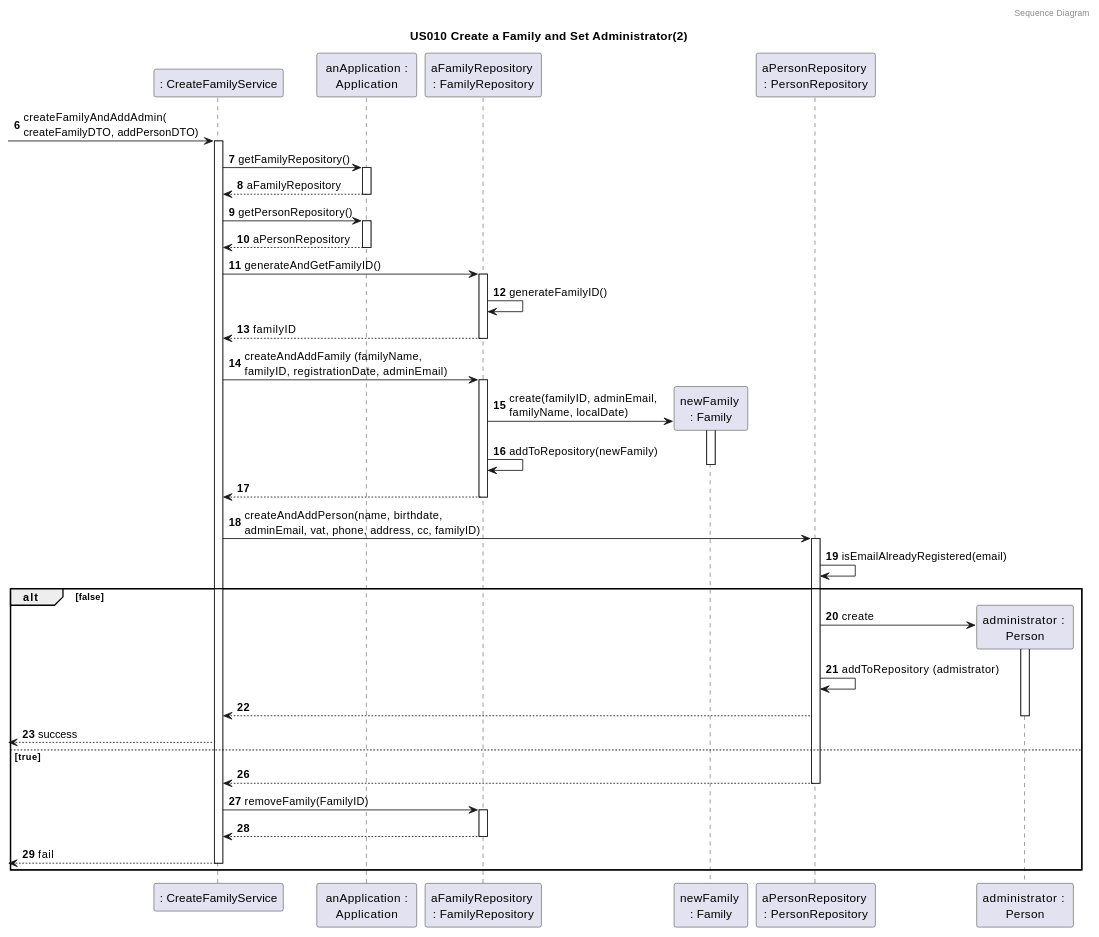
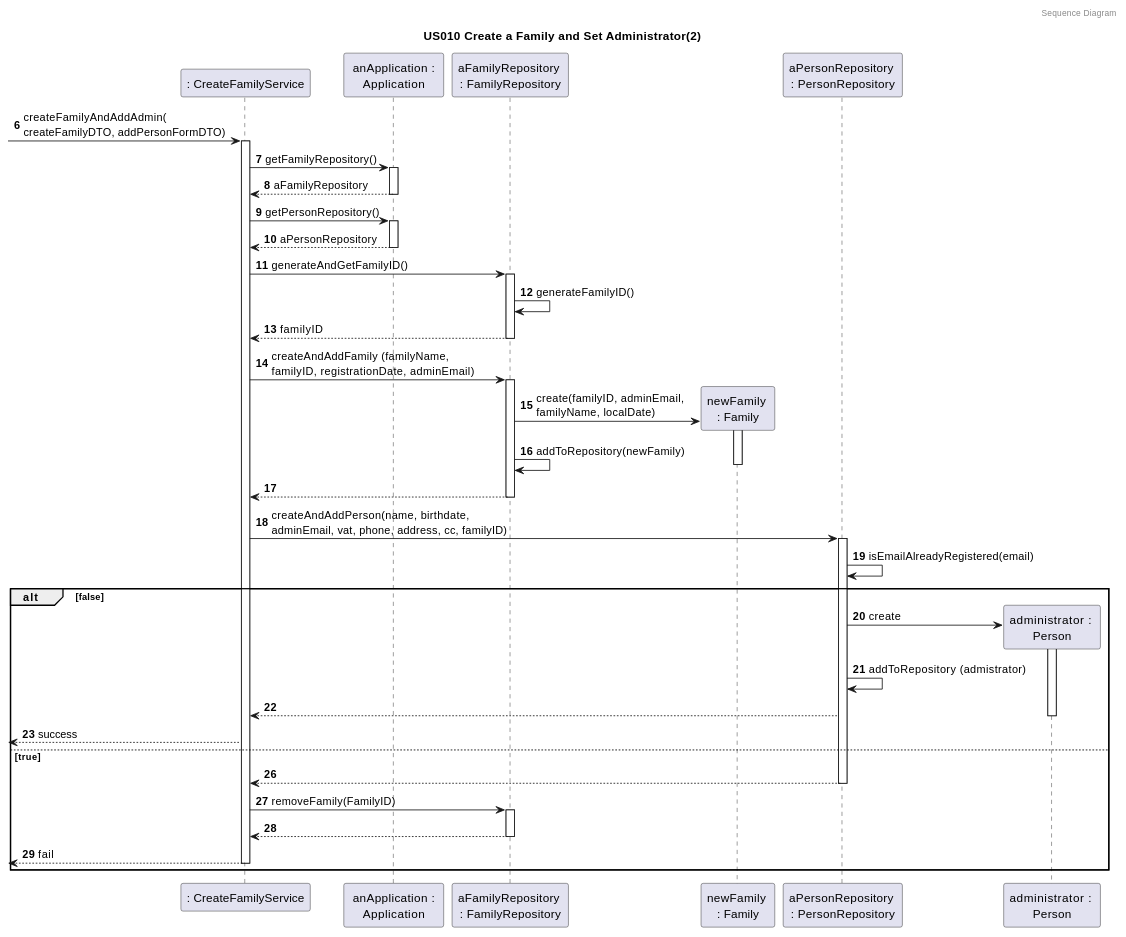
One commit to tomas-osswald/switch_2020_g3 changed the fifth of 5 diagrams in docs/templates/USXXX_TEMPLATE.md. Above: the diagram before and after it, drawn with PlantUML. The commit also changed other lines of this file and 16 other files, not shown here.

`````diff
--- a/docs/templates/USXXX_TEMPLATE.md
+++ b/docs/templates/USXXX_TEMPLATE.md
@@ -325,74 +325,74 @@
 ````puml
 @startuml
 
 autonumber 6
 header Sequence Diagram
 title US010 Create a Family and Set Administrator(2)
 
 participant ": CreateFamilyService" as FamAdminService
 participant " anApplication : \nApplication" as app
 participant "aFamilyRepository \n: FamilyRepository" as frepository
 participant "newFamily \n: Family" as family
 participant "aPersonRepository \n: PersonRepository" as prepository
 participant "administrator : \nPerson" as admin
 
--> FamAdminService : createFamilyAndAddAdmin(\ncreateFamilyDTO, addPersonDTO)
+-> FamAdminService : createFamilyAndAddAdmin(\ncreateFamilyDTO, addPersonFormDTO)
 activate FamAdminService
 
 FamAdminService -> app : getFamilyRepository()
 activate app
 return aFamilyRepository
 FamAdminService -> app : getPersonRepository()
 activate app
 return aPersonRepository
 
 
 FamAdminService -> frepository: generateAndGetFamilyID()
 activate frepository
 frepository -> frepository : generateFamilyID()
 return familyID
 
 FamAdminService -> frepository: createAndAddFamily (familyName, \nfamilyID, registrationDate, adminEmail)
 activate frepository
 
 frepository -> family** : create(familyID, adminEmail, \nfamilyName, localDate)
 activate family
 
 
 frepository -> frepository : addToRepository(newFamily)
 
 deactivate family
 return
 
 
 FamAdminService -> prepository : createAndAddPerson(name, birthdate, \nadminEmail, vat, phone, address, cc, familyID)
 deactivate frepository
 
 
 activate prepository
 prepository -> prepository : isEmailAlreadyRegistered(email)
 
 alt #transparent false
 prepository -> admin** : create
 activate admin
 
 
 prepository -> prepository : addToRepository (admistrator)
 prepository --> FamAdminService
 deactivate admin
 <-- FamAdminService : success
 
 else true
 autonumber 26
 
 prepository --> FamAdminService
 deactivate prepository
 FamAdminService -> frepository : removeFamily(FamilyID)
 activate frepository
 return
 <-- FamAdminService : fail
 deactivate FamAdminService
 end
 
 @enduml
 ````
`````
